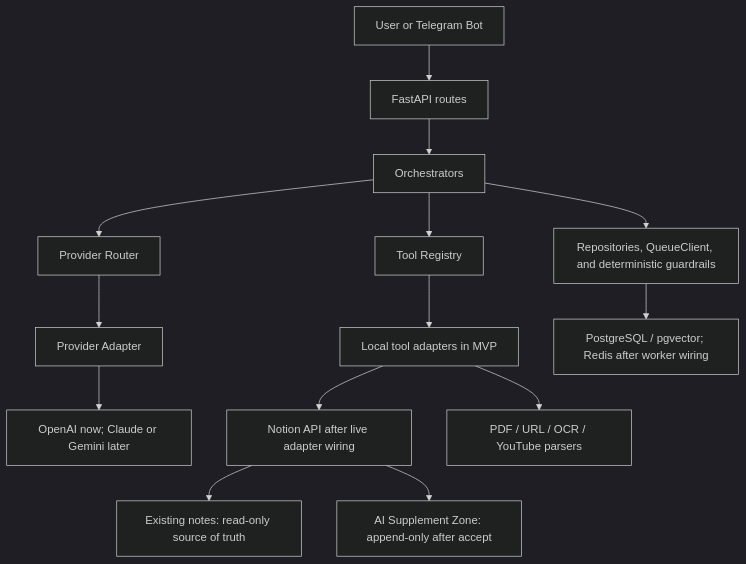
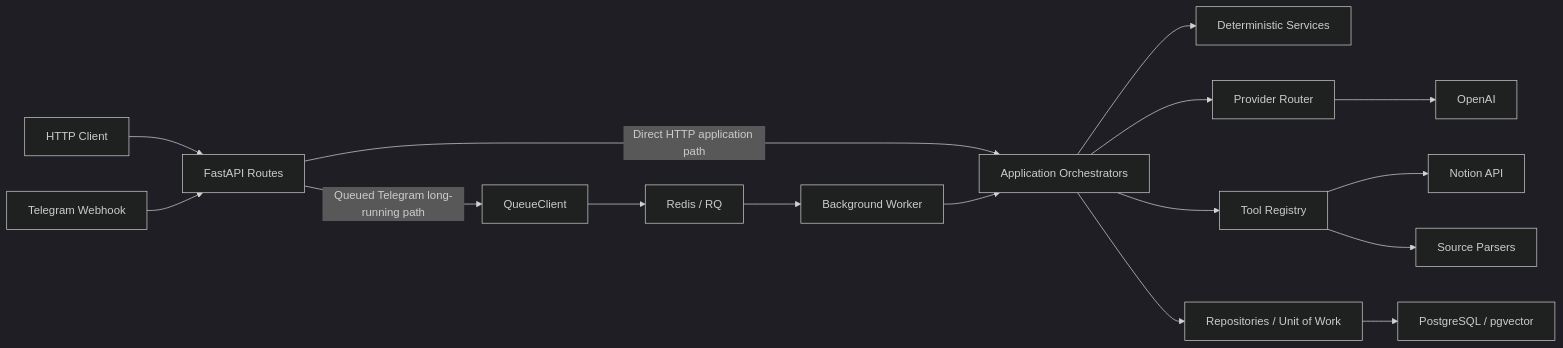
The diagram in README.md (rileylai/learnloop-agent), drawn with Mermaid (dark theme) before and after one commit. The commit also changed other lines of this file, not shown here.

Commit message:
docs: refine README product positioning and architecture overview

````diff
--- a/README.md
+++ b/README.md
@@ -86,16 +144,22 @@
 ```mermaid
-flowchart TD
-    USER["User or Telegram Bot"] --> API["FastAPI routes"]
-    API --> ORCH["Orchestrators"]
-    ORCH --> ROUTER["Provider Router"]
-    ROUTER --> PROVIDER["Provider Adapter"]
-    PROVIDER --> LLM["OpenAI now; Claude or Gemini later"]
+flowchart LR
+    HTTP["HTTP Client"] --> API["FastAPI Routes"]
+    TELEGRAM["Telegram Webhook"] --> API
+
+    API -->|"Direct HTTP application path"| ORCH["Application Orchestrators"]
+    API -->|"Queued Telegram long-running path"| QUEUE["QueueClient"]
+
+    QUEUE --> REDIS["Redis / RQ"]
+    REDIS --> WORKER["Background Worker"]
+    WORKER --> ORCH
+
+    ORCH --> POLICY["Deterministic Services"]
+    ORCH --> PROVIDER["Provider Router"]
     ORCH --> TOOLS["Tool Registry"]
-    TOOLS --> ADAPTERS["Local tool adapters in MVP"]
-    ADAPTERS --> NOTION["Notion API after live adapter wiring"]
-    ADAPTERS --> PARSERS["PDF / URL / OCR / YouTube parsers"]
-    ORCH --> CORE["Repositories, QueueClient, and deterministic guardrails"]
-    CORE --> STORAGE["PostgreSQL / pgvector; Redis after worker wiring"]
-    NOTION --> SOURCE["Existing notes: read-only source of truth"]
-    NOTION --> ZONE["AI Supplement Zone: append-only after accept"]
+    ORCH --> REPO["Repositories / Unit of Work"]
+
+    PROVIDER --> OPENAI["OpenAI"]
+    TOOLS --> NOTION["Notion API"]
+    TOOLS --> PARSERS["Source Parsers"]
+    REPO --> POSTGRES["PostgreSQL / pgvector"]
 ```
````
